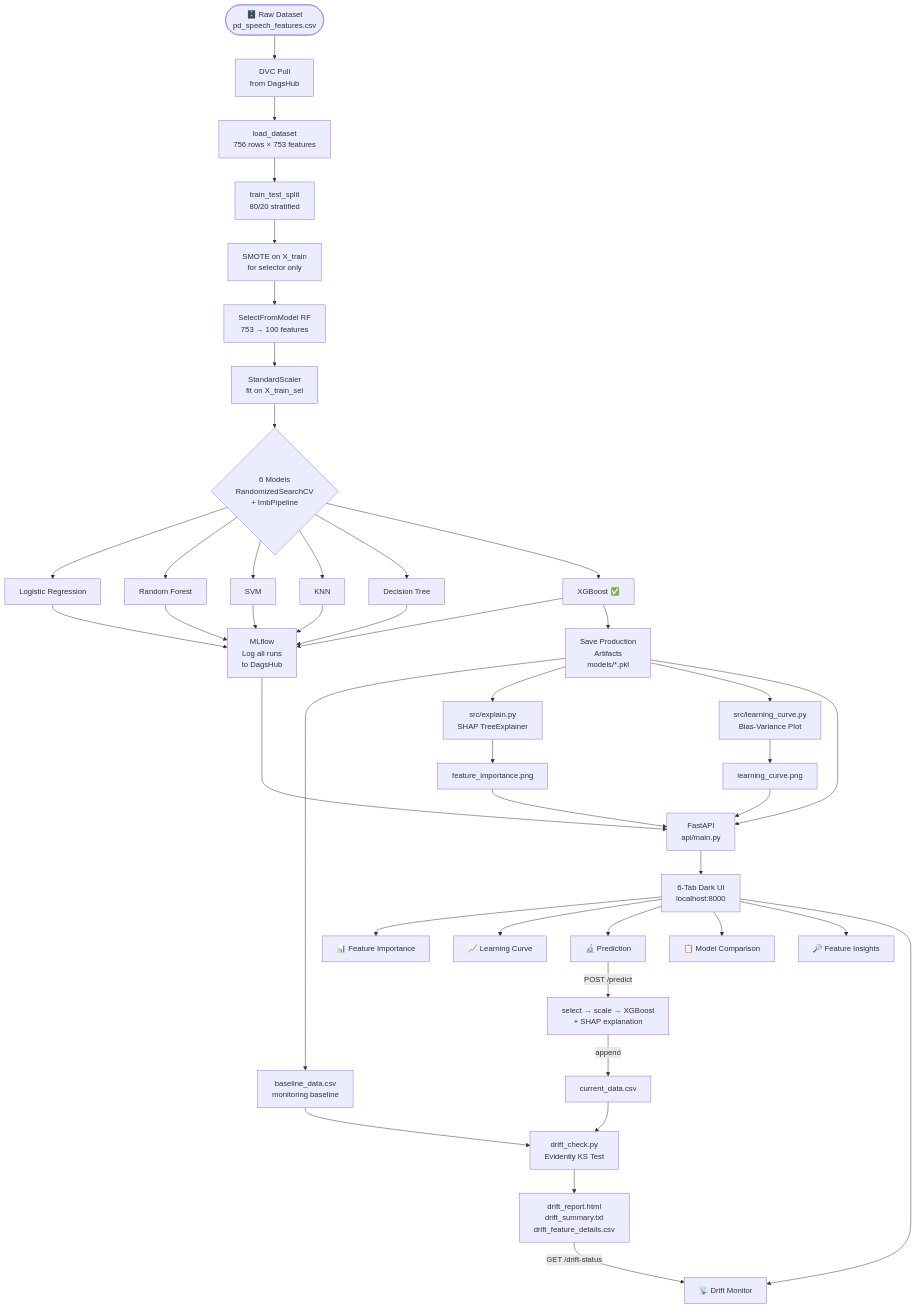
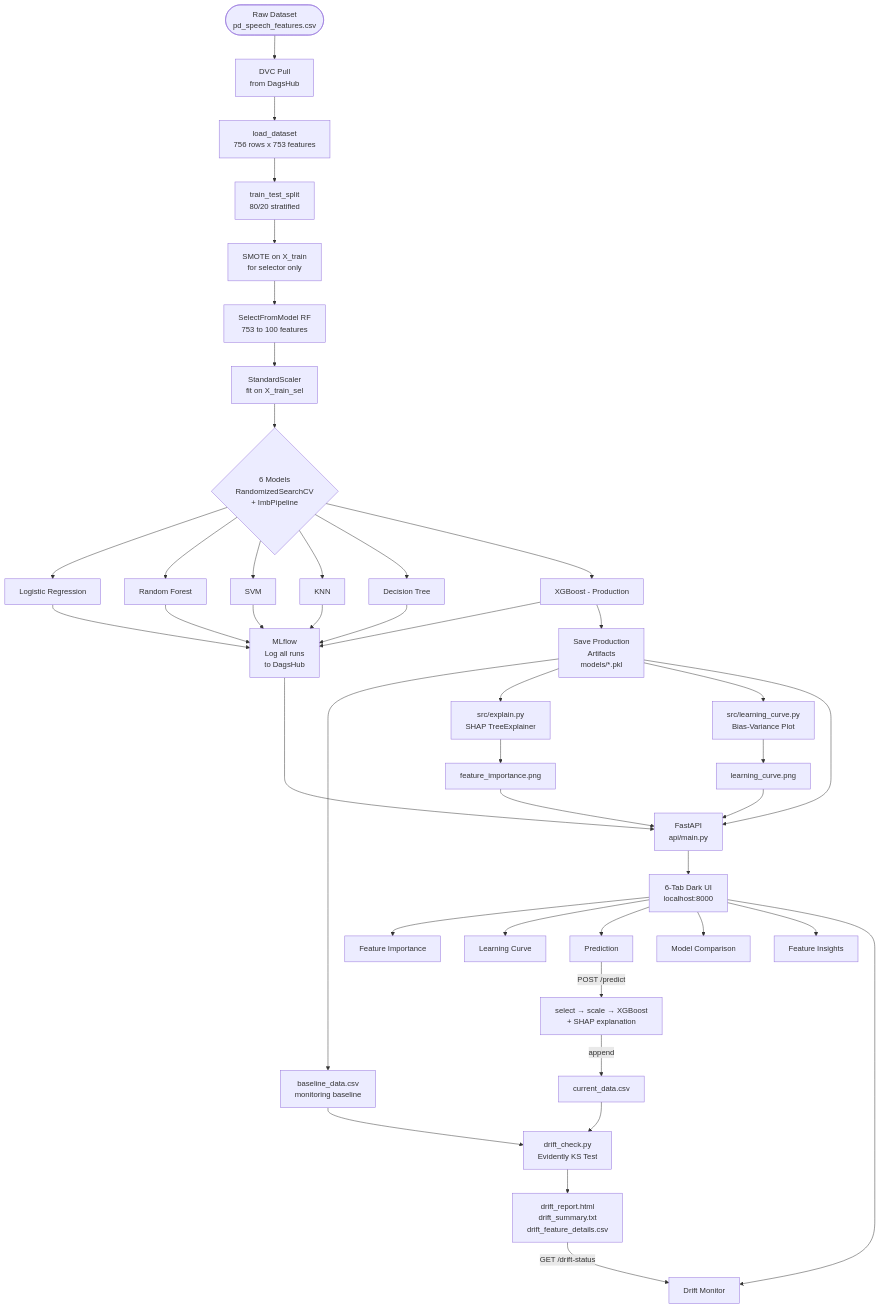
The diagram in README.md (nishnarudkar/Interpretable-Machine-Learning-System-for-Parkinson-s-Disease-Detection-from-Speech-Biomarkers), drawn with Mermaid before and after one commit. The commit also changed other lines of this file, not shown here.

````diff
--- a/README.md
+++ b/README.md
@@ -135,47 +135,47 @@
 ```mermaid
 flowchart TD
-    A([🗄️ Raw Dataset\npd_speech_features.csv]) --> B[DVC Pull\nfrom DagsHub]
-    B --> C[load_dataset\n756 rows × 753 features]
+    A([Raw Dataset\npd_speech_features.csv]) --> B[DVC Pull\nfrom DagsHub]
+    B --> C[load_dataset\n756 rows x 753 features]
 
     C --> D[train_test_split\n80/20 stratified]
     D --> E[SMOTE on X_train\nfor selector only]
-    E --> F[SelectFromModel RF\n753 → 100 features]
+    E --> F[SelectFromModel RF\n753 to 100 features]
     F --> G[StandardScaler\nfit on X_train_sel]
 
     G --> H{6 Models\nRandomizedSearchCV\n+ ImbPipeline}
     H --> H1[Logistic Regression]
     H --> H2[Random Forest]
     H --> H3[SVM]
     H --> H4[KNN]
     H --> H5[Decision Tree]
-    H --> H6[XGBoost ✅]
+    H --> H6[XGBoost - Production]
 
     H1 & H2 & H3 & H4 & H5 & H6 --> I[MLflow\nLog all runs\nto DagsHub]
     H6 --> J[Save Production\nArtifacts\nmodels/*.pkl]
     J --> K[baseline_data.csv\nmonitoring baseline]
 
     J --> L[src/explain.py\nSHAP TreeExplainer]
     J --> M[src/learning_curve.py\nBias-Variance Plot]
     L --> N[feature_importance.png]
     M --> O[learning_curve.png]
 
     J --> P[FastAPI\napi/main.py]
     N --> P
     O --> P
     I --> P
 
     P --> Q[6-Tab Dark UI\nlocalhost:8000]
-    Q --> R[📊 Feature Importance]
-    Q --> S[📈 Learning Curve]
-    Q --> T[🔬 Prediction]
-    Q --> U[📋 Model Comparison]
-    Q --> V[🔎 Feature Insights]
-    Q --> W[📡 Drift Monitor]
+    Q --> R[Feature Importance]
+    Q --> S[Learning Curve]
+    Q --> T[Prediction]
+    Q --> U[Model Comparison]
+    Q --> V[Feature Insights]
+    Q --> W[Drift Monitor]
 
     T -->|POST /predict| X[select → scale → XGBoost\n+ SHAP explanation]
     X -->|append| Y[current_data.csv]
     Y --> Z[drift_check.py\nEvidently KS Test]
     K --> Z
     Z --> AA[drift_report.html\ndrift_summary.txt\ndrift_feature_details.csv]
     AA -->|GET /drift-status| W
 ```
````
